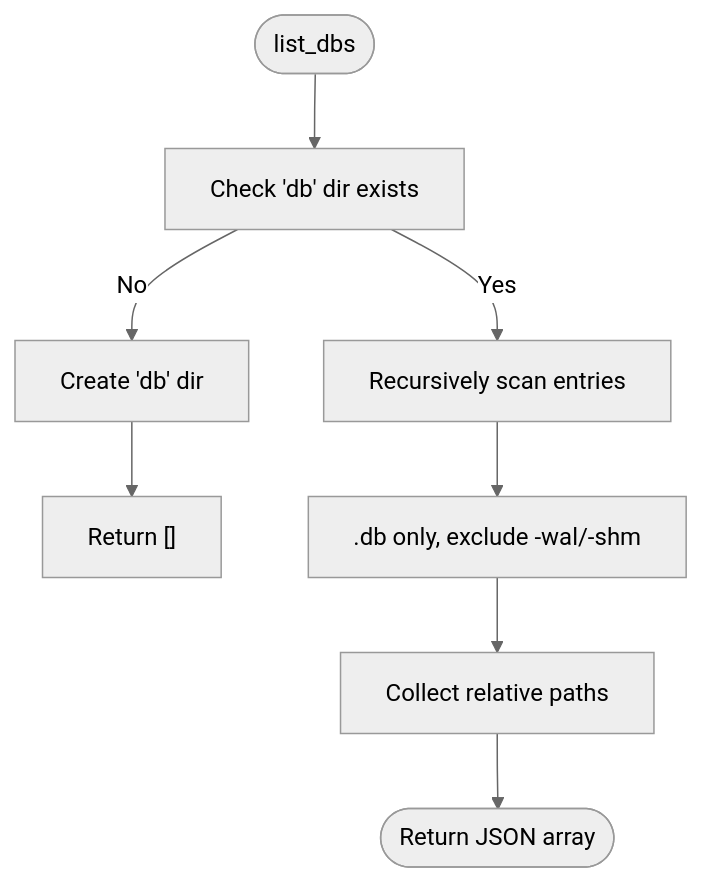
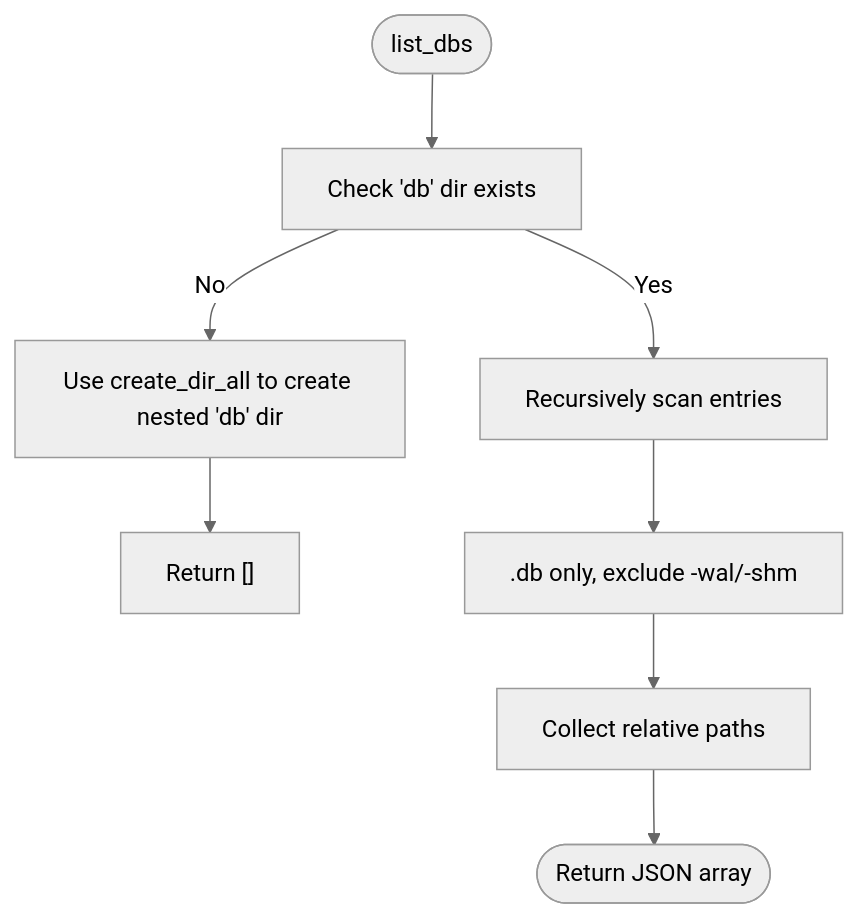
The fourth of 8 diagrams in .qoder/repowiki/en/content/Backend Development/Backend Development.md (sutanto1010/crablite), drawn with Mermaid (neutral theme) before and after one commit. The commit also changed other lines of this file and 47 other files, not shown here.

````diff
--- a/.qoder/repowiki/en/content/Backend Development/Backend Development.md
+++ b/.qoder/repowiki/en/content/Backend Development/Backend Development.md
@@ -183,10 +207,10 @@
 ```mermaid
 flowchart TD
 Start(["list_dbs"]) --> CheckDBDir["Check 'db' dir exists"]
-CheckDBDir --> |No| CreateDir["Create 'db' dir"]
+CheckDBDir --> |No| CreateDir["Use create_dir_all to create nested 'db' dir"]
 CreateDir --> ReturnEmpty["Return []"]
 CheckDBDir --> |Yes| Scan["Recursively scan entries"]
 Scan --> Filter[".db only, exclude -wal/-shm"]
 Filter --> Collect["Collect relative paths"]
 Collect --> End(["Return JSON array"])
 ```
````
